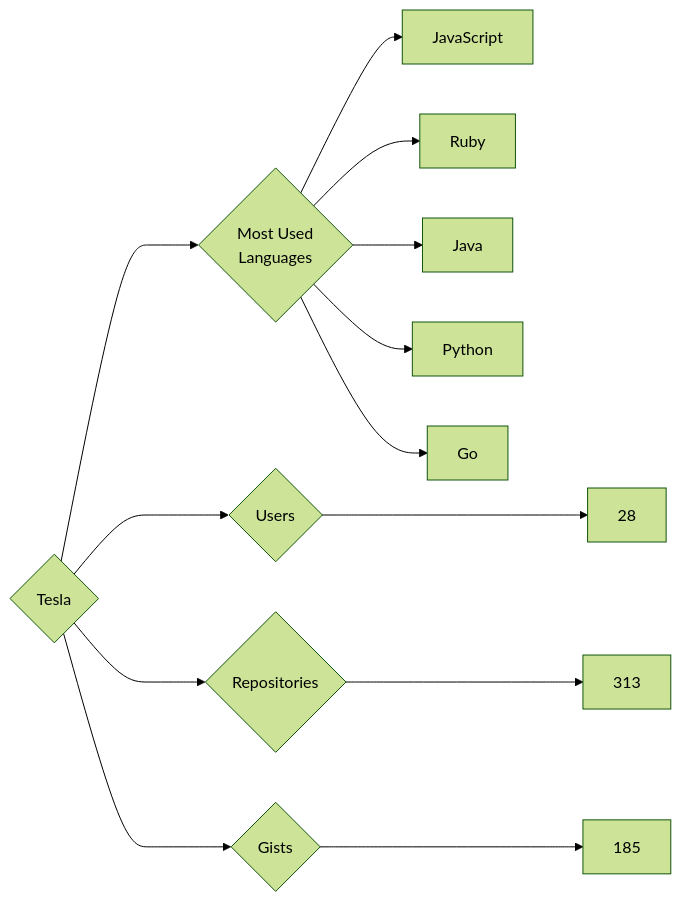
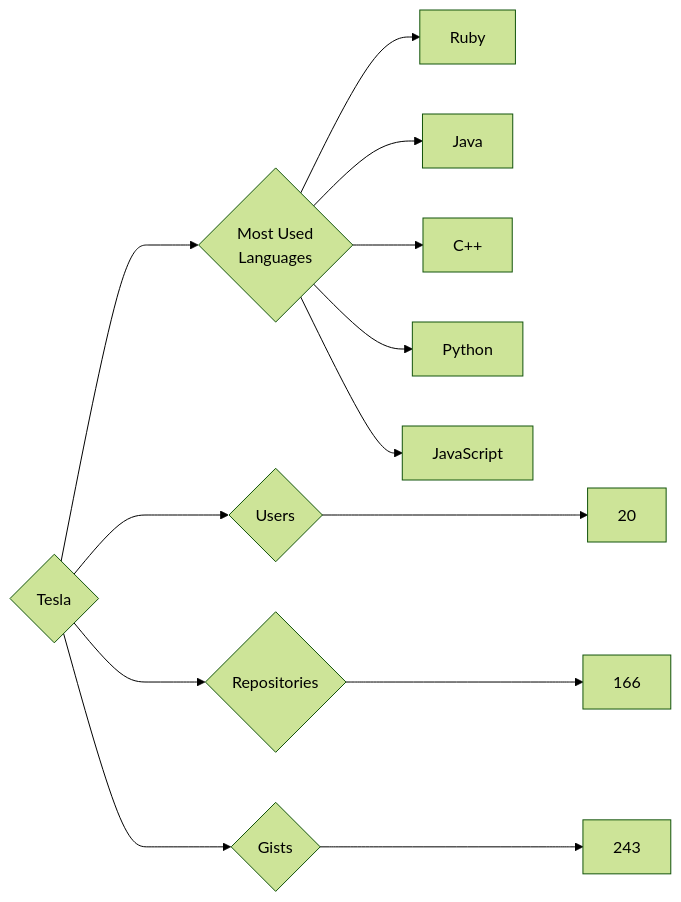
Before and after one commit to trickest/insiders: the diagram in targets/Tesla/README.md, drawn with Mermaid (forest theme). The commit also changed 948 other files, not shown here.

````diff
--- a/targets/Tesla/README.md
+++ b/targets/Tesla/README.md
@@ -3,13 +3,13 @@
 ```mermaid
 graph LR
 COMPANY_NAME{Tesla}
-COMPANY_NAME ---> U{Users} ---> UN[28]
-COMPANY_NAME ---> R{Repositories} ---> RN[313]
-COMPANY_NAME ---> G{Gists} ---> GN[185]
+COMPANY_NAME ---> U{Users} ---> UN[20]
+COMPANY_NAME ---> R{Repositories} ---> RN[166]
+COMPANY_NAME ---> G{Gists} ---> GN[243]
 COMPANY_NAME ---> ML{Most Used<br>Languages}
-ML --> JavaScript[JavaScript]
 ML --> Ruby[Ruby]
 ML --> Java[Java]
+ML --> C++[C++]
 ML --> Python[Python]
-ML --> Go[Go]
+ML --> JavaScript[JavaScript]
 ```
````
